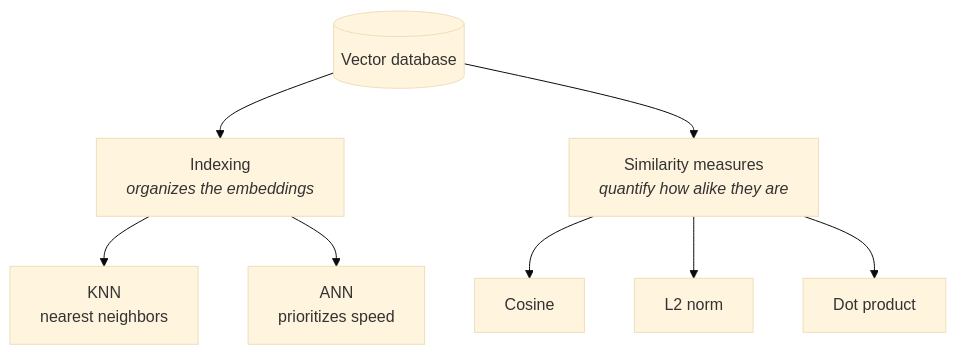
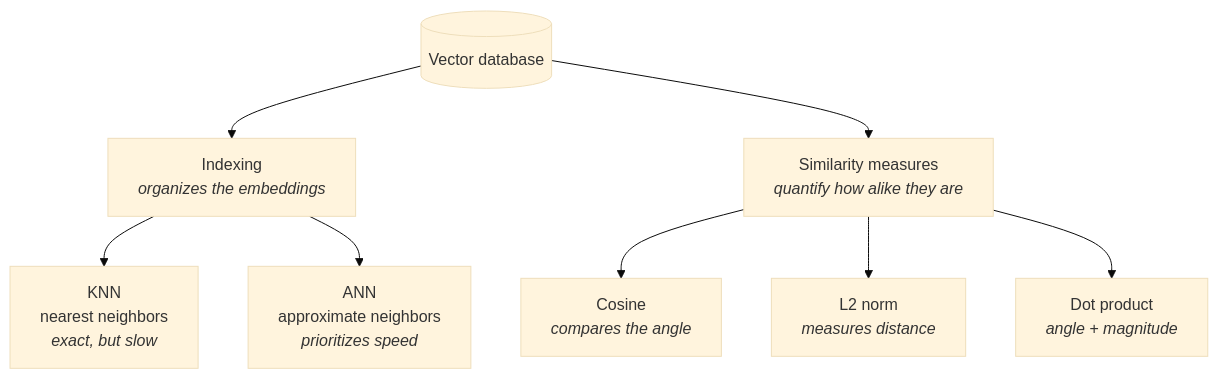
Before and after one commit to jcontrerasm/jcontrerasm.github.io: the seventh of 7 diagrams in src/content/blog/en/que-es-rag.md, drawn with Mermaid (base theme). The commit also changed other lines of this file and 3 other files, not shown here.

````diff
--- a/src/content/blog/en/que-es-rag.md
+++ b/src/content/blog/en/que-es-rag.md
@@ -157,11 +181,11 @@
 ```mermaid
 flowchart TD
     BD[("Vector database")]
     BD --> IDX["Indexing<br/><i>organizes the embeddings</i>"]
     BD --> SIM["Similarity measures<br/><i>quantify how alike they are</i>"]
-    IDX --> KNN["KNN<br/>nearest neighbors"]
-    IDX --> ANN["ANN<br/>prioritizes speed"]
-    SIM --> COS["Cosine"]
-    SIM --> L2["L2 norm"]
-    SIM --> DOT["Dot product"]
+    IDX --> KNN["KNN<br/>nearest neighbors<br/><i>exact, but slow</i>"]
+    IDX --> ANN["ANN<br/>approximate neighbors<br/><i>prioritizes speed</i>"]
+    SIM --> COS["Cosine<br/><i>compares the angle</i>"]
+    SIM --> L2["L2 norm<br/><i>measures distance</i>"]
+    SIM --> DOT["Dot product<br/><i>angle + magnitude</i>"]
 ```
````
